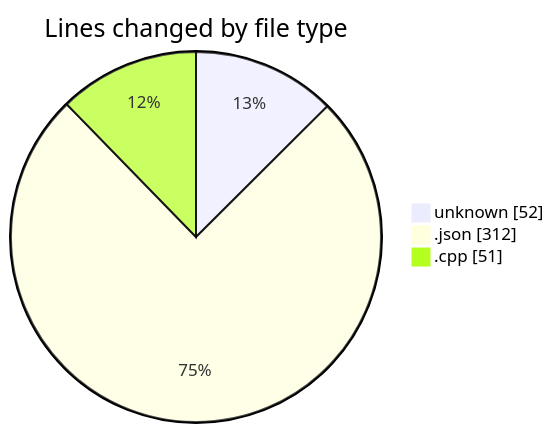
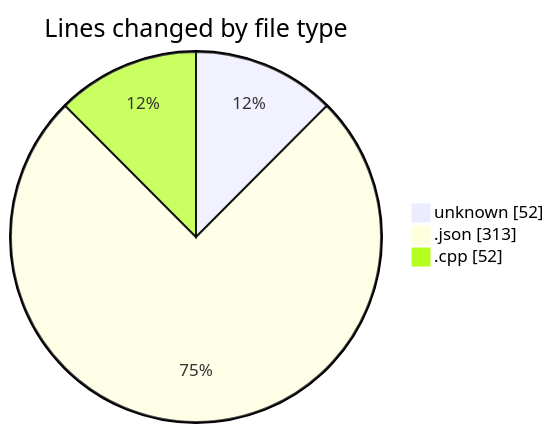
The first of 2 diagrams in 2025-03-26/echo/README.md (Netris89/code-tracking), drawn with Mermaid before and after one commit. The commit also changed other lines of this file and 1 other file, not shown here.

````diff
--- a/2025-03-26/echo/README.md
+++ b/2025-03-26/echo/README.md
@@ -24,7 +24,7 @@
 ```mermaid
 pie showData
 title Lines changed by file type
 "unknown" : 52
-".json" : 312
-".cpp" : 51
+".json" : 313
+".cpp" : 52
 ```
````
